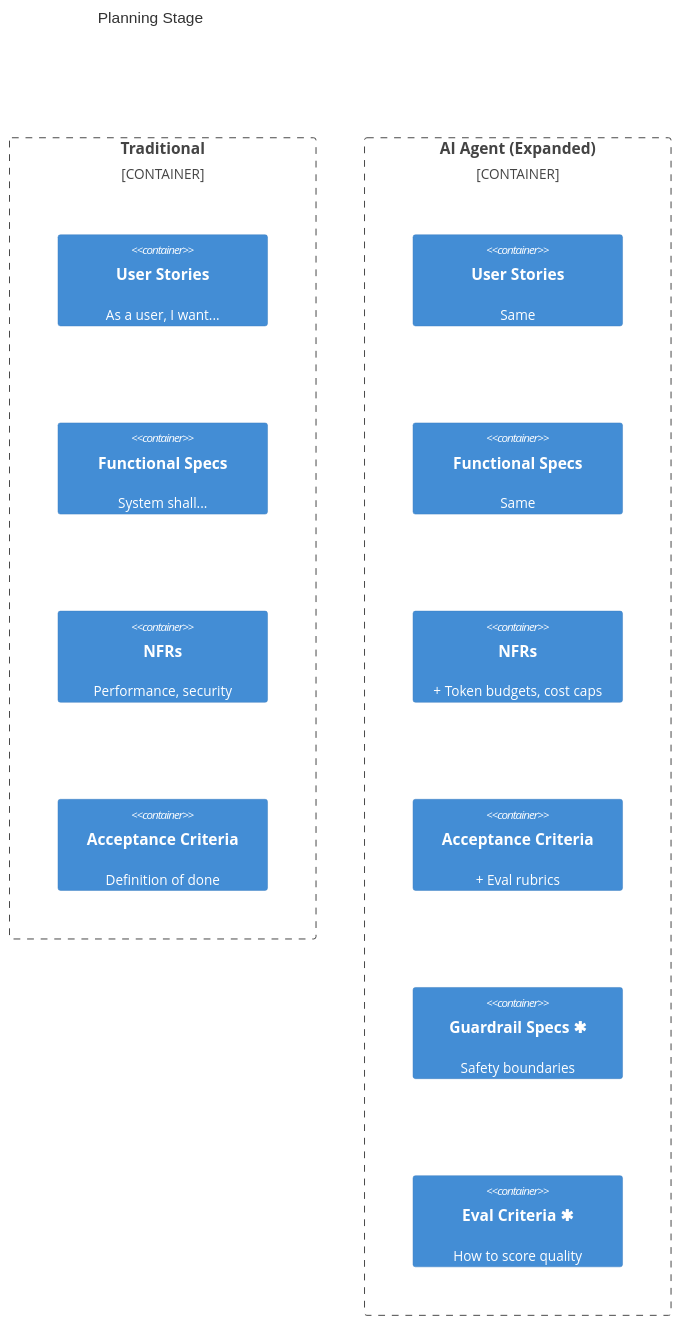
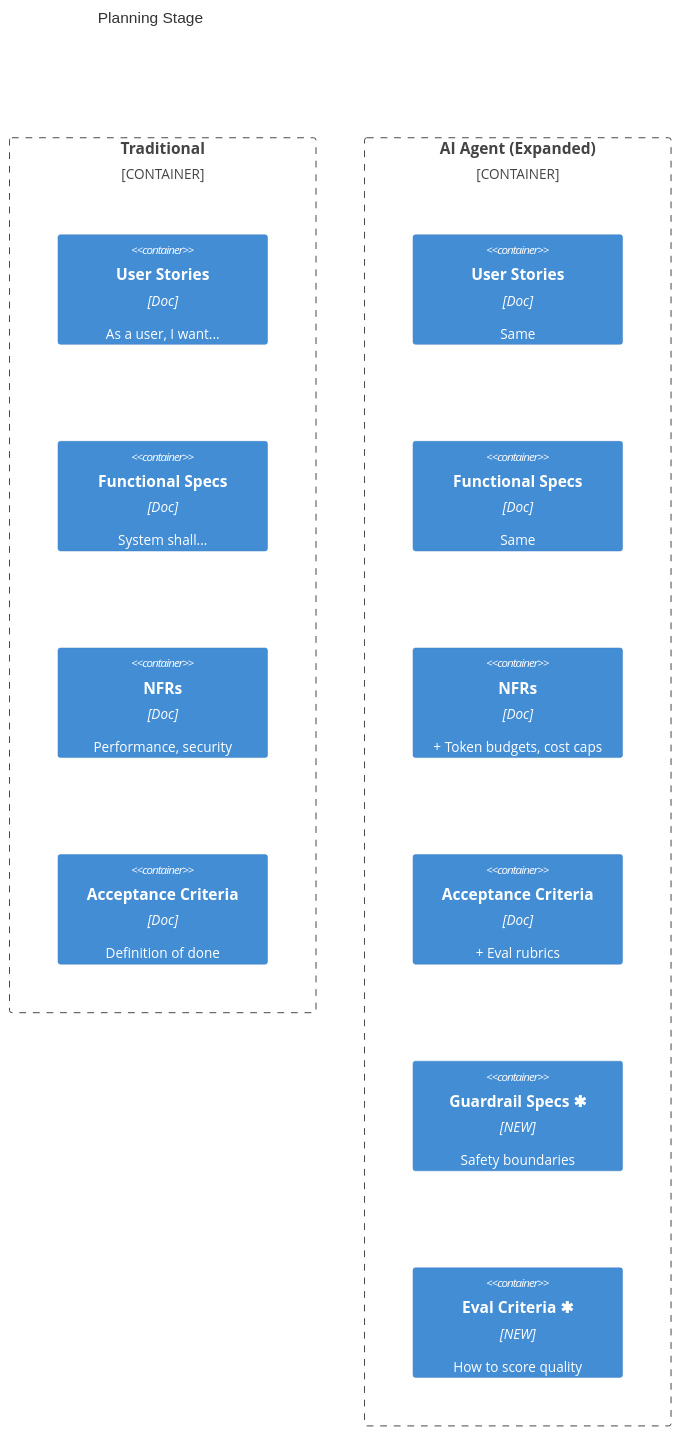
Before and after one commit to Ingeniator/ai-agent-sdlc-docs: the third of 8 diagrams in 03-comparison.md, drawn with Mermaid. The commit also changed other lines of this file and 2 other files, not shown here.

````diff
--- a/03-comparison.md
+++ b/03-comparison.md
@@ -75,20 +75,20 @@
 ```mermaid
 C4Container
     title Planning Stage
 
     Container_Boundary(trad, "Traditional") {
-        Container(t1, "User Stories", "", "As a user, I want...")
-        Container(t2, "Functional Specs", "", "System shall...")
-        Container(t3, "NFRs", "", "Performance, security")
-        Container(t4, "Acceptance Criteria", "", "Definition of done")
+        Container(t1, "User Stories", "Doc", "As a user, I want...")
+        Container(t2, "Functional Specs", "Doc", "System shall...")
+        Container(t3, "NFRs", "Doc", "Performance, security")
+        Container(t4, "Acceptance Criteria", "Doc", "Definition of done")
     }
 
     Container_Boundary(ai, "AI Agent (Expanded)") {
-        Container(a1, "User Stories", "", "Same")
-        Container(a2, "Functional Specs", "", "Same")
-        Container(a3, "NFRs", "", "+ Token budgets, cost caps")
-        Container(a4, "Acceptance Criteria", "", "+ Eval rubrics")
-        Container(a5, "Guardrail Specs ✱", "", "Safety boundaries")
-        Container(a6, "Eval Criteria ✱", "", "How to score quality")
+        Container(a1, "User Stories", "Doc", "Same")
+        Container(a2, "Functional Specs", "Doc", "Same")
+        Container(a3, "NFRs", "Doc", "+ Token budgets, cost caps")
+        Container(a4, "Acceptance Criteria", "Doc", "+ Eval rubrics")
+        Container(a5, "Guardrail Specs ✱", "NEW", "Safety boundaries")
+        Container(a6, "Eval Criteria ✱", "NEW", "How to score quality")
     }
 ```
````
